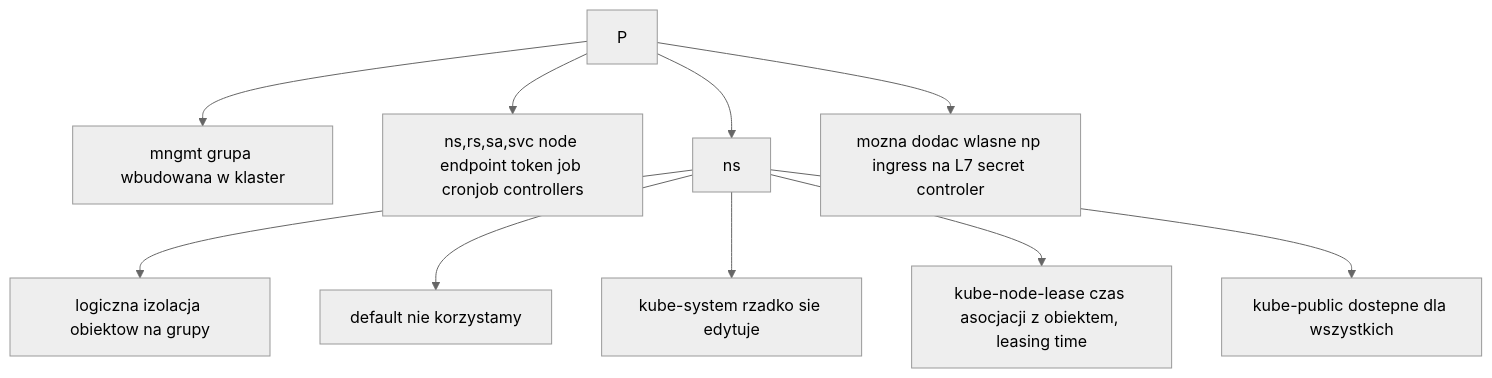
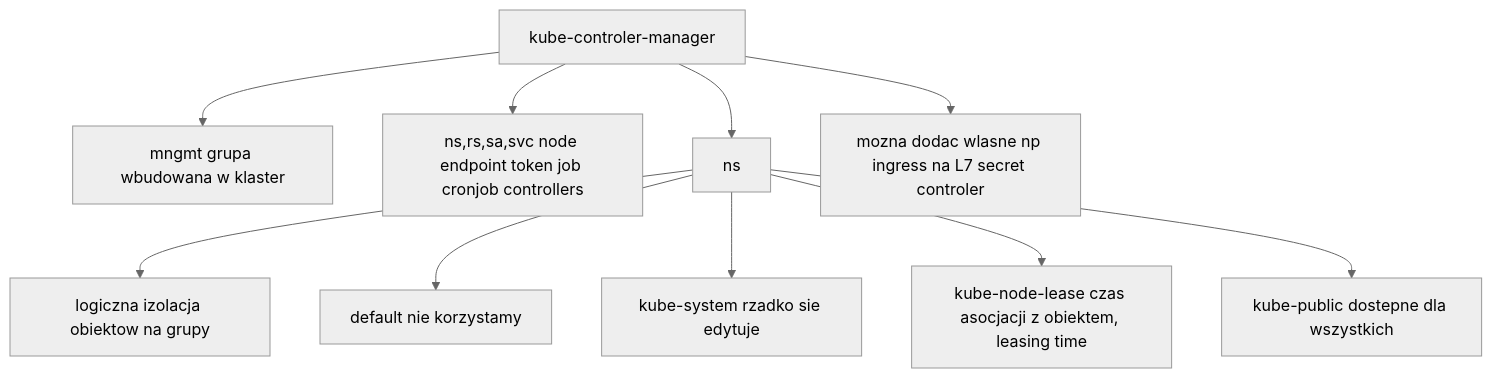
One commit to DanyAAD90/k8s_understanding changed the fourth of 6 diagrams in README.md. Above: the diagram before and after it, drawn with Mermaid (neutral theme).

````diff
--- a/README.md
+++ b/README.md
@@ -28,11 +28,11 @@
 ```mermaid
 flowchart TD
-P --> R[mngmt grupa wbudowana w klaster]
+P[kube-controler-manager] --> R[mngmt grupa wbudowana w klaster]
 P --> S[ns,rs,sa,svc node endpoint token job cronjob controllers]
 P --> U[ns] --> W[logiczna izolacja obiektow na grupy]
 P --> T[mozna dodac wlasne np ingress na L7 secret controler]
 U --> WA[default nie korzystamy]
 U --> WB[kube-system rzadko sie edytuje]
 U --> WC[kube-node-lease czas asocjacji z obiektem, leasing time]
 U --> WD[kube-public dostepne dla wszystkich]
 ```
````
